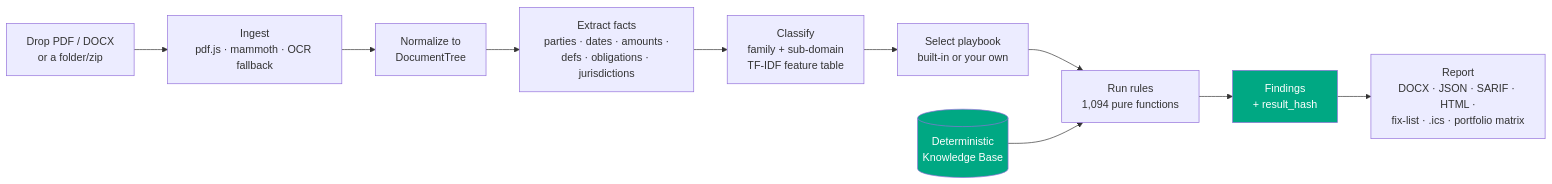
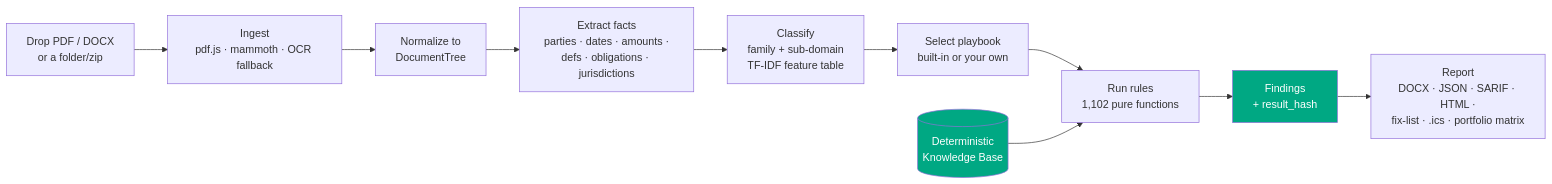
Before and after one commit to clay-good/vaulytica: the first of 11 diagrams in README.md, drawn with Mermaid. The commit also changed other lines of this file and 107 other files, not shown here.

````diff
--- a/README.md
+++ b/README.md
@@ -27,14 +27,14 @@
 ```mermaid
 flowchart LR
   A[Drop PDF / DOCX<br/>or a folder/zip] --> B[Ingest<br/>pdf.js · mammoth · OCR fallback]
   B --> C[Normalize to<br/>DocumentTree]
   C --> D[Extract facts<br/>parties · dates · amounts ·<br/>defs · obligations · jurisdictions]
   D --> E[Classify<br/>family + sub-domain<br/>TF-IDF feature table]
   E --> F[Select playbook<br/>built-in or your own]
-  F --> G[Run rules<br/>1,094 pure functions]
+  F --> G[Run rules<br/>1,102 pure functions]
   G --> H[Findings<br/>+ result_hash]
   H --> I[Report<br/>DOCX · JSON · SARIF · HTML ·<br/>fix-list · .ics · portfolio matrix]
   K[(Deterministic<br/>Knowledge Base)] --> G
   style K fill:#00A883,color:#fff
   style H fill:#00A883,color:#fff
 ```
````
